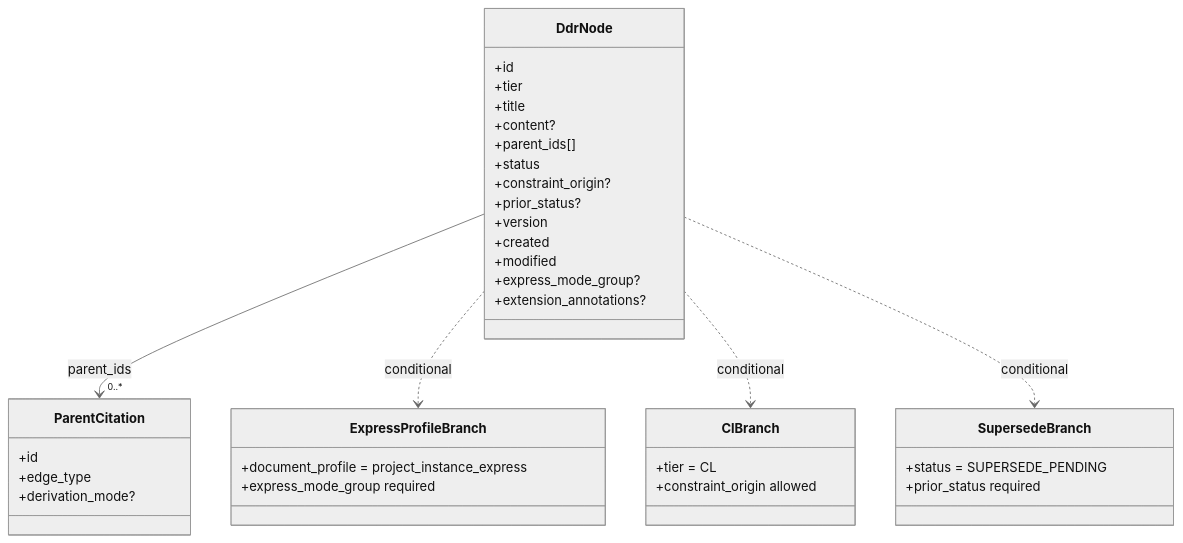
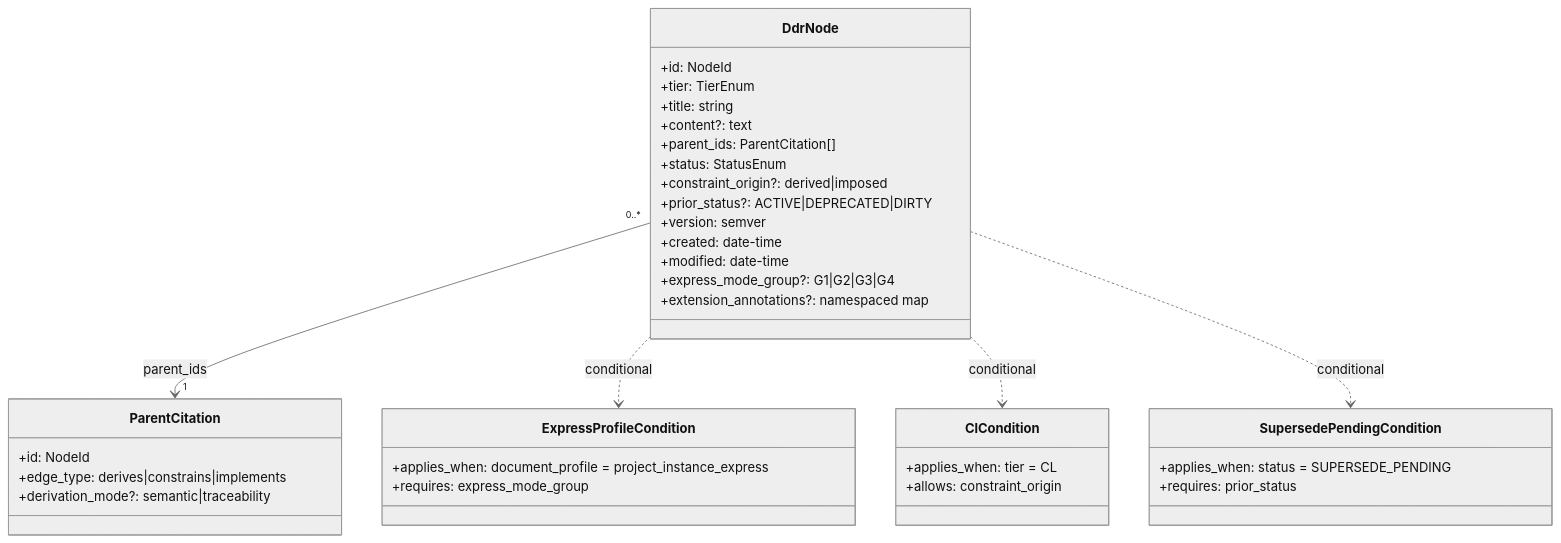
One commit to formosa/Antigravity changed the seventh of 28 diagrams in .agent/assets/proposals/active/v6.3/ddr_ref_manual_v6.3.md. Above: the diagram before and after it, drawn with Mermaid (neutral theme). The commit also changed other lines of this file and 76 other files, not shown here.

Commit message:
feat: formalize DDR system v6.2 and v6.3 proposals with issue resolution reports and updated schema definitions.

````diff
--- a/.agent/assets/proposals/active/v6.3/ddr_ref_manual_v6.3.md
+++ b/.agent/assets/proposals/active/v6.3/ddr_ref_manual_v6.3.md
@@ -437,40 +501,42 @@
 ```mermaid
 classDiagram
+    accTitle: DdrNode and ParentCitation conditional structure
+    accDescr: Shows the closed node contract, the typed parent citation surface, and the conditional branches that activate express-mode, CL-only, and SUPERSEDE_PENDING-only fields.
     class DdrNode {
-      +id
-      +tier
-      +title
-      +content?
-      +parent_ids[]
-      +status
-      +constraint_origin?
-      +prior_status?
-      +version
-      +created
-      +modified
-      +express_mode_group?
-      +extension_annotations?
+      +id: NodeId
+      +tier: TierEnum
+      +title: string
+      +content?: text
+      +parent_ids: ParentCitation[]
+      +status: StatusEnum
+      +constraint_origin?: derived|imposed
+      +prior_status?: ACTIVE|DEPRECATED|DIRTY
+      +version: semver
+      +created: date-time
+      +modified: date-time
+      +express_mode_group?: G1|G2|G3|G4
+      +extension_annotations?: namespaced map
     }
     class ParentCitation {
-      +id
-      +edge_type
-      +derivation_mode?
+      +id: NodeId
+      +edge_type: derives|constrains|implements
+      +derivation_mode?: semantic|traceability
     }
-    class ExpressProfileBranch {
-      +document_profile = project_instance_express
-      +express_mode_group required
+    class ExpressProfileCondition {
+      +applies_when: document_profile = project_instance_express
+      +requires: express_mode_group
     }
-    class ClBranch {
-      +tier = CL
-      +constraint_origin allowed
+    class ClCondition {
+      +applies_when: tier = CL
+      +allows: constraint_origin
     }
-    class SupersedeBranch {
-      +status = SUPERSEDE_PENDING
-      +prior_status required
+    class SupersedePendingCondition {
+      +applies_when: status = SUPERSEDE_PENDING
+      +requires: prior_status
     }
 
-    DdrNode --> "0..*" ParentCitation : parent_ids
-    DdrNode ..> ExpressProfileBranch : conditional
-    DdrNode ..> ClBranch : conditional
-    DdrNode ..> SupersedeBranch : conditional
+    DdrNode "0..*" --> "1" ParentCitation : parent_ids
+    DdrNode ..> ExpressProfileCondition : conditional
+    DdrNode ..> ClCondition : conditional
+    DdrNode ..> SupersedePendingCondition : conditional
 ```
````
